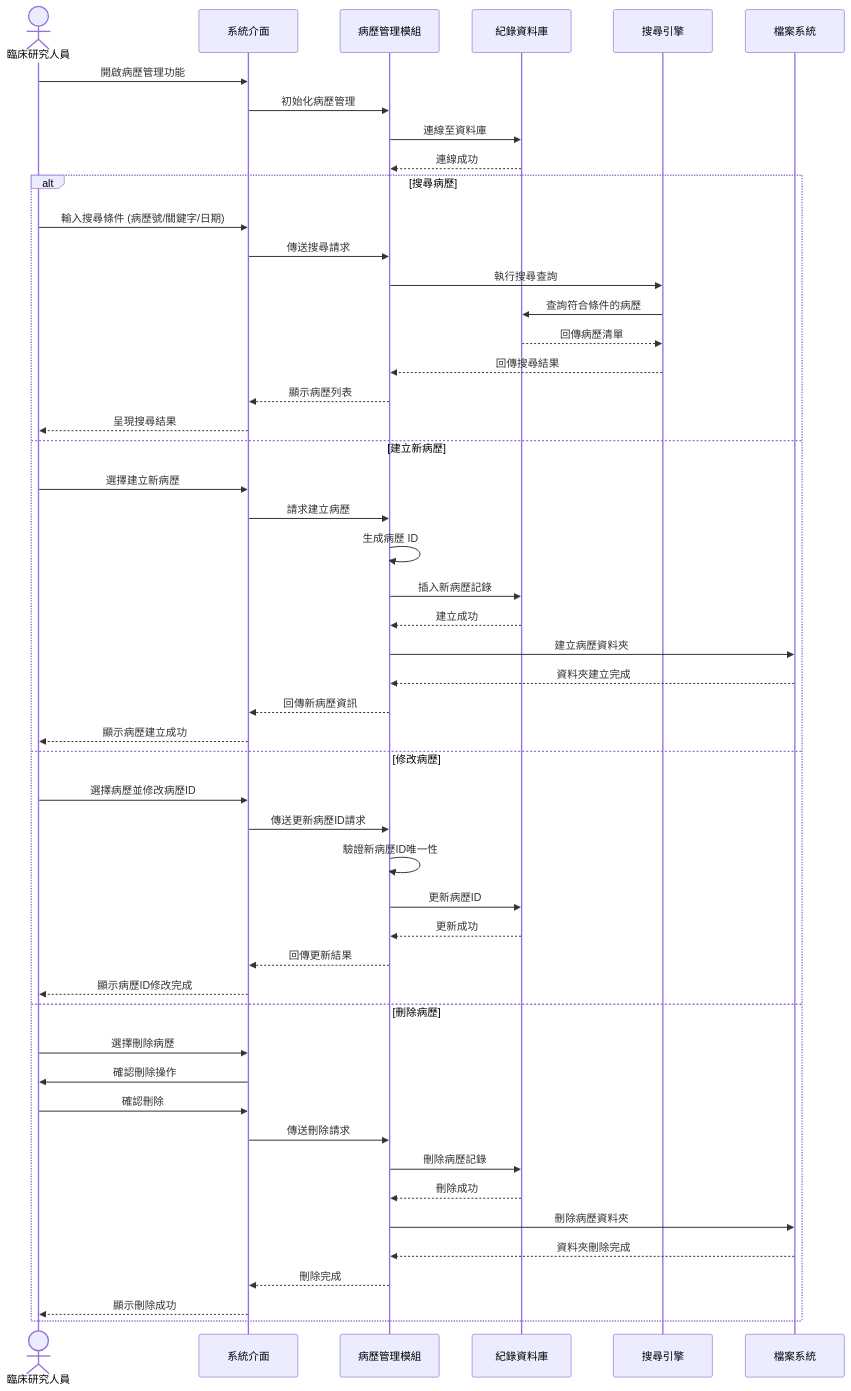
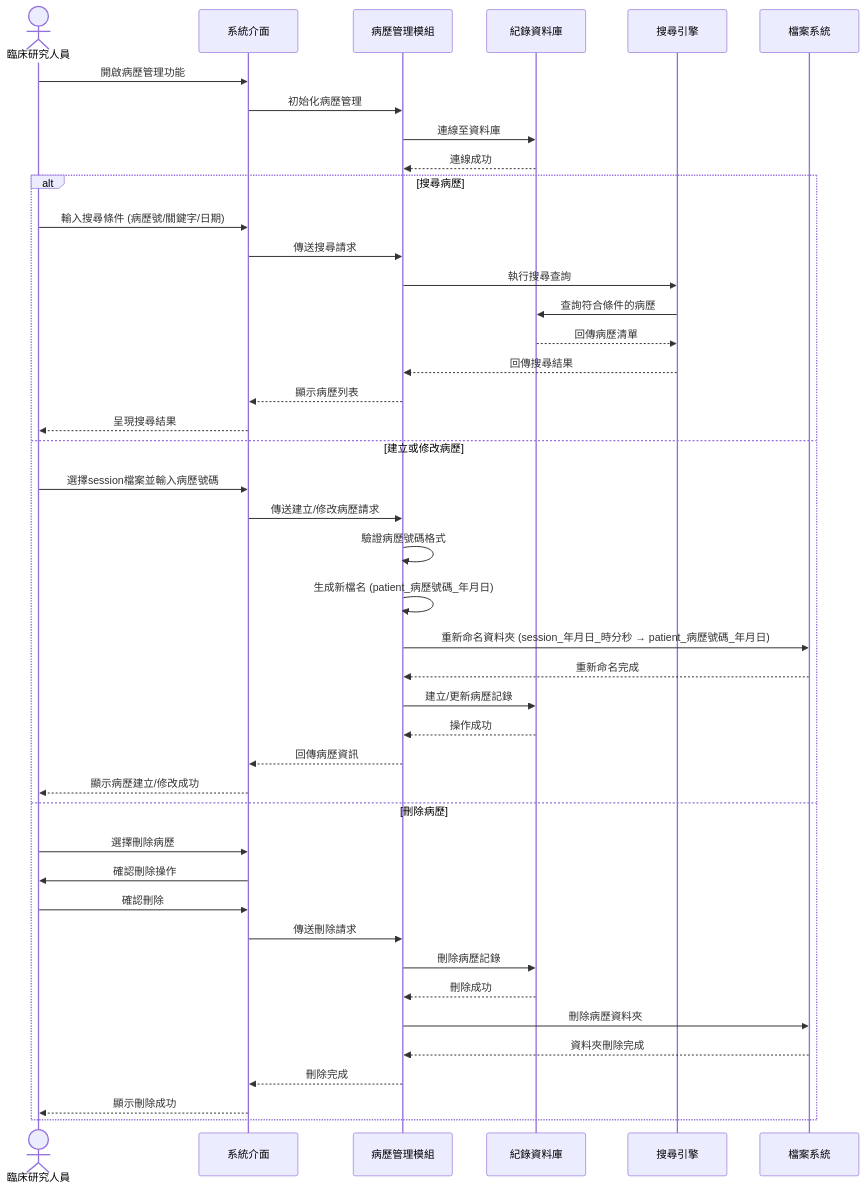
One commit to Zero-cloud112/project changed the eighth of 9 diagrams in hw5.md. Above: the diagram before and after it, drawn with Mermaid. The commit also changed other lines of this file, not shown here.

````diff
--- a/hw5.md
+++ b/hw5.md
@@ -588,54 +591,47 @@
 ```mermaid
 sequenceDiagram
     actor 臨床研究人員
     participant 系統介面
     participant 病歷管理模組
     participant 紀錄資料庫
     participant 搜尋引擎
     participant 檔案系統
 
     臨床研究人員->>系統介面: 開啟病歷管理功能
     系統介面->>病歷管理模組: 初始化病歷管理
     病歷管理模組->>紀錄資料庫: 連線至資料庫
     紀錄資料庫-->>病歷管理模組: 連線成功
     
     alt 搜尋病歷
         臨床研究人員->>系統介面: 輸入搜尋條件 (病歷號/關鍵字/日期)
         系統介面->>病歷管理模組: 傳送搜尋請求
         病歷管理模組->>搜尋引擎: 執行搜尋查詢
         搜尋引擎->>紀錄資料庫: 查詢符合條件的病歷
         紀錄資料庫-->>搜尋引擎: 回傳病歷清單
         搜尋引擎-->>病歷管理模組: 回傳搜尋結果
         病歷管理模組-->>系統介面: 顯示病歷列表
         系統介面-->>臨床研究人員: 呈現搜尋結果
-    else 建立新病歷
-        臨床研究人員->>系統介面: 選擇建立新病歷
-        系統介面->>病歷管理模組: 請求建立病歷
-        病歷管理模組->>病歷管理模組: 生成病歷 ID
-        病歷管理模組->>紀錄資料庫: 插入新病歷記錄
-        紀錄資料庫-->>病歷管理模組: 建立成功
-        病歷管理模組->>檔案系統: 建立病歷資料夾
-        檔案系統-->>病歷管理模組: 資料夾建立完成
-        病歷管理模組-->>系統介面: 回傳新病歷資訊
-        系統介面-->>臨床研究人員: 顯示病歷建立成功
-    else 修改病歷
-        臨床研究人員->>系統介面: 選擇病歷並修改病歷ID
-        系統介面->>病歷管理模組: 傳送更新病歷ID請求
-        病歷管理模組->>病歷管理模組: 驗證新病歷ID唯一性
-        病歷管理模組->>紀錄資料庫: 更新病歷ID
-        紀錄資料庫-->>病歷管理模組: 更新成功
-        病歷管理模組-->>系統介面: 回傳更新結果
-        系統介面-->>臨床研究人員: 顯示病歷ID修改完成
+    else 建立或修改病歷
+        臨床研究人員->>系統介面: 選擇session檔案並輸入病歷號碼
+        系統介面->>病歷管理模組: 傳送建立/修改病歷請求
+        病歷管理模組->>病歷管理模組: 驗證病歷號碼格式
+        病歷管理模組->>病歷管理模組: 生成新檔名 (patient_病歷號碼_年月日)
+        病歷管理模組->>檔案系統: 重新命名資料夾 (session_年月日_時分秒 → patient_病歷號碼_年月日)
+        檔案系統-->>病歷管理模組: 重新命名完成
+        病歷管理模組->>紀錄資料庫: 建立/更新病歷記錄
+        紀錄資料庫-->>病歷管理模組: 操作成功
+        病歷管理模組-->>系統介面: 回傳病歷資訊
+        系統介面-->>臨床研究人員: 顯示病歷建立/修改成功
     else 刪除病歷
         臨床研究人員->>系統介面: 選擇刪除病歷
         系統介面->>臨床研究人員: 確認刪除操作
         臨床研究人員->>系統介面: 確認刪除
         系統介面->>病歷管理模組: 傳送刪除請求
         病歷管理模組->>紀錄資料庫: 刪除病歷記錄
         紀錄資料庫-->>病歷管理模組: 刪除成功
         病歷管理模組->>檔案系統: 刪除病歷資料夾
         檔案系統-->>病歷管理模組: 資料夾刪除完成
         病歷管理模組-->>系統介面: 刪除完成
         系統介面-->>臨床研究人員: 顯示刪除成功
     end
 ```
````
